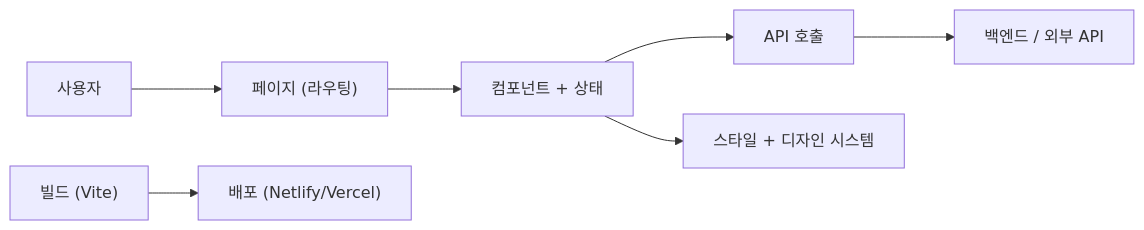
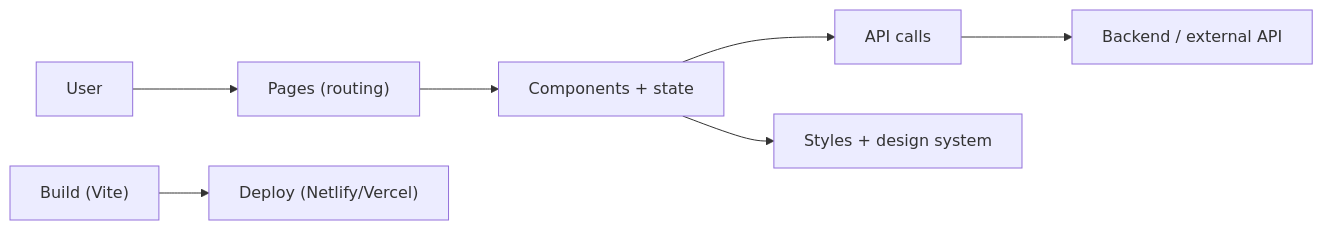
Before and after one commit to yeongseon-books/book-content: the diagram in content/frontend-development-101/ko/10-building-a-small-frontend-app.md, drawn with Mermaid. The commit also changed other lines of this file and 9 other files, not shown here.

````diff
--- a/content/frontend-development-101/ko/10-building-a-small-frontend-app.md
+++ b/content/frontend-development-101/ko/10-building-a-small-frontend-app.md
@@ -35,9 +49,9 @@
 ```mermaid
 flowchart LR
-    User["사용자"] --> Page["페이지 (라우팅)"]
-    Page --> Comp["컴포넌트 + 상태"]
-    Comp --> API["API 호출"]
-    API --> Backend["백엔드 / 외부 API"]
-    Comp --> Style["스타일 + 디자인 시스템"]
-    Build["빌드 (Vite)"] --> Deploy["배포 (Netlify/Vercel)"]
+    User["User"] --> Page["Pages (routing)"]
+    Page --> Comp["Components + state"]
+    Comp --> API["API calls"]
+    API --> Backend["Backend / external API"]
+    Comp --> Style["Styles + design system"]
+    Build["Build (Vite)"] --> Deploy["Deploy (Netlify/Vercel)"]
 ```
````
